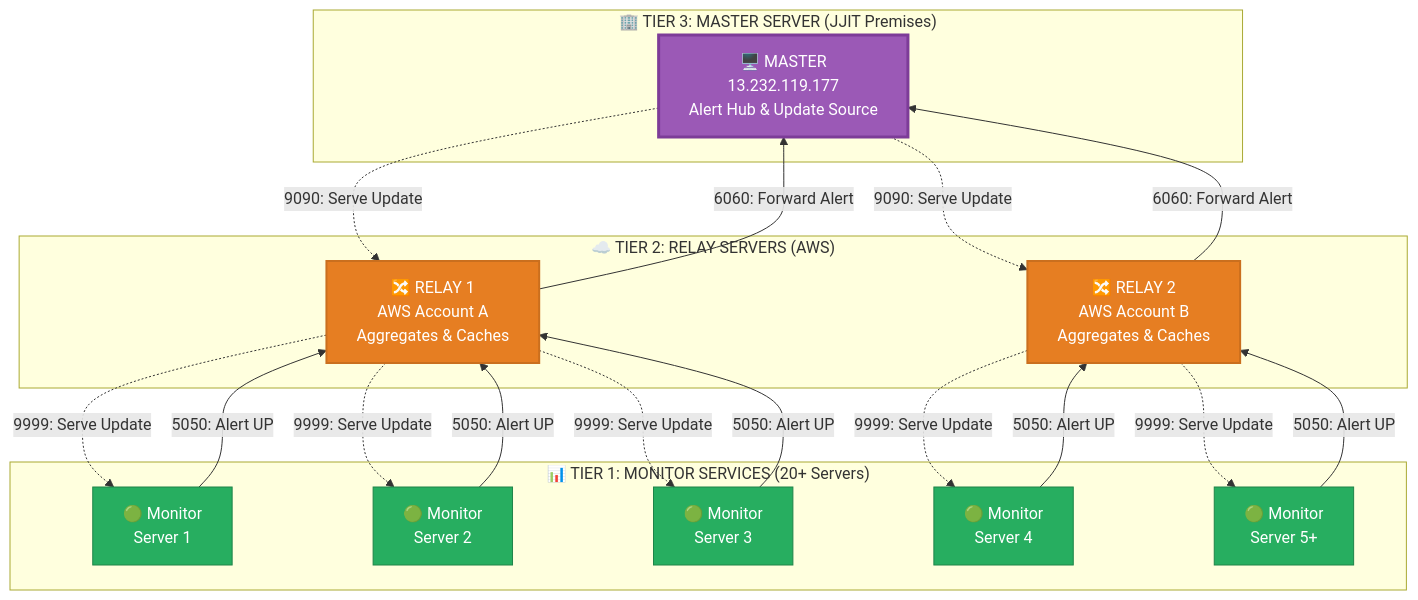
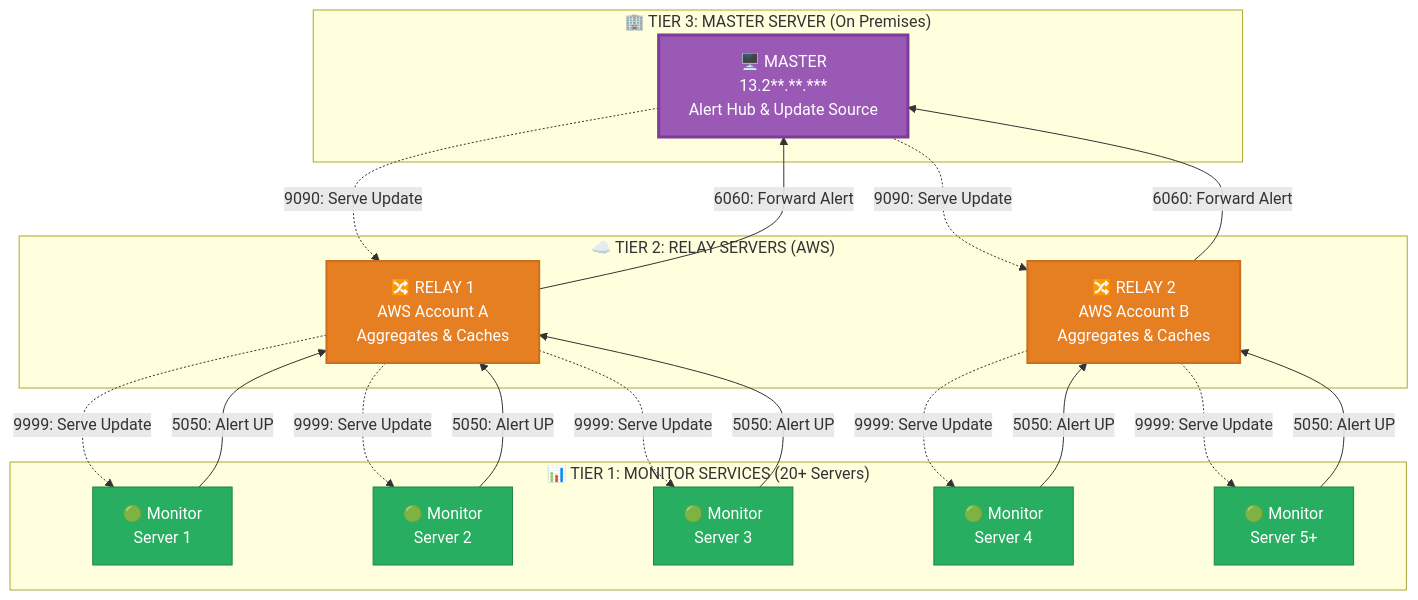
Before and after one commit to bhushankoli-dev/magicmonitor: the diagram in README.md, drawn with Mermaid. The commit also changed other lines of this file, not shown here.

````diff
--- a/README.md
+++ b/README.md
@@ -39,48 +37,48 @@
 ```mermaid
 graph TD
-    subgraph tier3["🏢 TIER 3: MASTER SERVER (JJIT Premises)"]
-        M["🖥️ MASTER<br/>13.232.119.177<br/>Alert Hub & Update Source"]
+    subgraph tier3["🏢 TIER 3: MASTER SERVER (On Premises)"]
+        M["🖥️ MASTER<br/>13.2**.**.***<br/>Alert Hub & Update Source"]
     end
     
     subgraph tier2["☁️ TIER 2: RELAY SERVERS (AWS)"]
         R1["🔀 RELAY 1<br/>AWS Account A<br/>Aggregates & Caches"]
         R2["🔀 RELAY 2<br/>AWS Account B<br/>Aggregates & Caches"]
     end
     
     subgraph tier1["📊 TIER 1: MONITOR SERVICES (20+ Servers)"]
         Mon1["🟢 Monitor<br/>Server 1"]
         Mon2["🟢 Monitor<br/>Server 2"]
         Mon3["🟢 Monitor<br/>Server 3"]
         Mon4["🟢 Monitor<br/>Server 4"]
         Mon5["🟢 Monitor<br/>Server 5+"]
     end
     
     %% Alert Flow (UP) - Solid arrows
     Mon1 -->|"5050: Alert UP"| R1
     Mon2 -->|"5050: Alert UP"| R1
     Mon3 -->|"5050: Alert UP"| R1
     Mon4 -->|"5050: Alert UP"| R2
     Mon5 -->|"5050: Alert UP"| R2
     
     R1 -->|"6060: Forward Alert"| M
     R2 -->|"6060: Forward Alert"| M
     
     %% Update Flow (DOWN) - Dashed arrows
     M -.->|"9090: Serve Update"| R1
     M -.->|"9090: Serve Update"| R2
     
     R1 -.->|"9999: Serve Update"| Mon1
     R1 -.->|"9999: Serve Update"| Mon2
     R1 -.->|"9999: Serve Update"| Mon3
     R2 -.->|"9999: Serve Update"| Mon4
     R2 -.->|"9999: Serve Update"| Mon5
     
     style M fill:#9b59b6,color:#fff,stroke:#7d3c98,stroke-width:3px
     style R1 fill:#e67e22,color:#fff,stroke:#ca6f1e,stroke-width:2px
     style R2 fill:#e67e22,color:#fff,stroke:#ca6f1e,stroke-width:2px
     style Mon1 fill:#27ae60,color:#fff,stroke:#1e8449,stroke-width:1px
     style Mon2 fill:#27ae60,color:#fff,stroke:#1e8449,stroke-width:1px
     style Mon3 fill:#27ae60,color:#fff,stroke:#1e8449,stroke-width:1px
     style Mon4 fill:#27ae60,color:#fff,stroke:#1e8449,stroke-width:1px
     style Mon5 fill:#27ae60,color:#fff,stroke:#1e8449,stroke-width:1px
 ```
````
